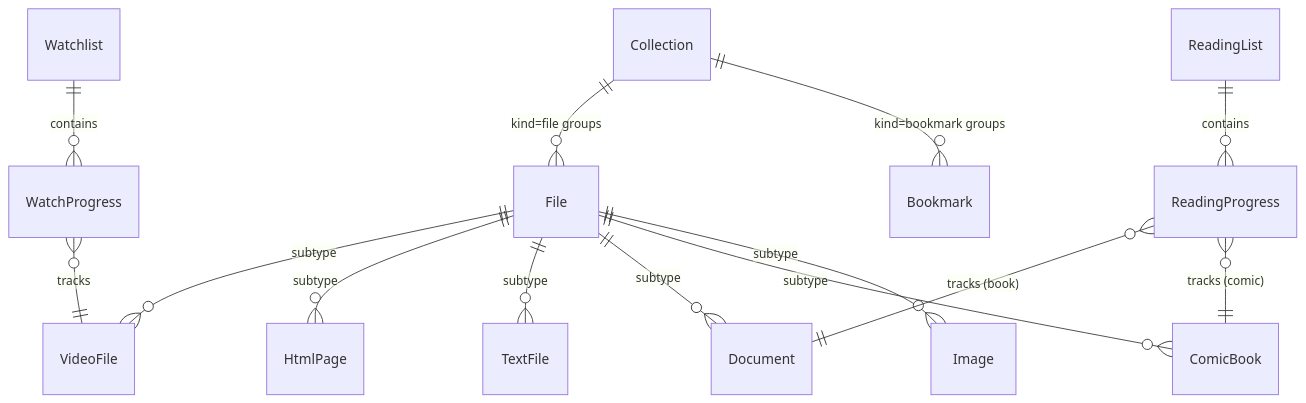
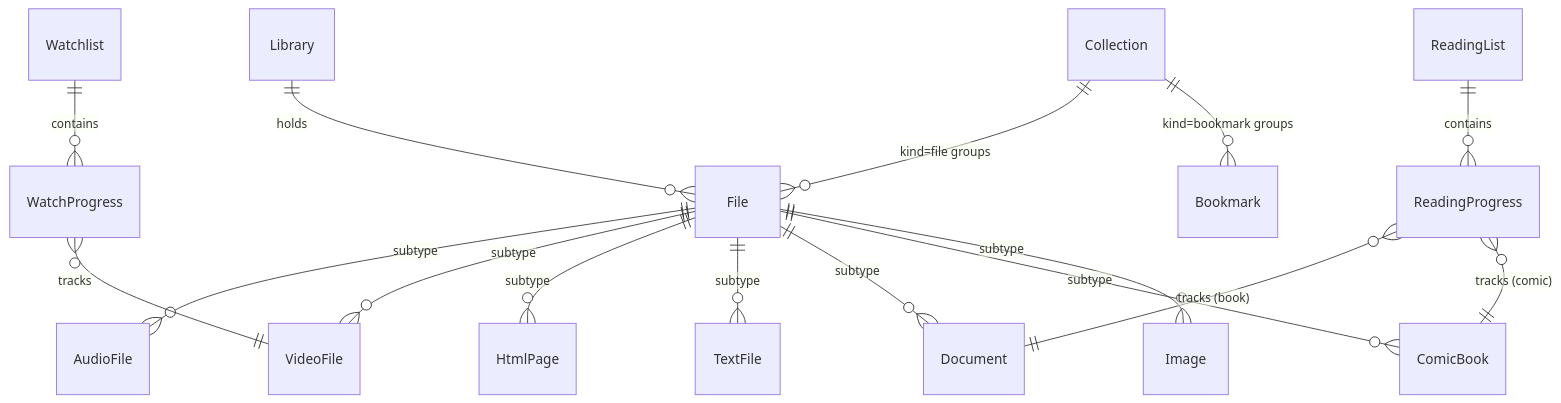
The second of 2 diagrams in docs/requirements/Vision Document.md (artur-rios/alexandria-api), drawn with Mermaid before and after one commit. The commit also changed other lines of this file and 24 other files, not shown here.

````diff
--- a/docs/requirements/Vision Document.md
+++ b/docs/requirements/Vision Document.md
@@ -134,16 +140,18 @@
 ```mermaid
 erDiagram
+    Library ||--o{ File : "holds"
+    File ||--o{ AudioFile : "subtype"
     File ||--o{ VideoFile : "subtype"
     File ||--o{ HtmlPage : "subtype"
     File ||--o{ TextFile : "subtype"
     File ||--o{ Document : "subtype"
     File ||--o{ ComicBook : "subtype"
     File ||--o{ Image : "subtype"
     Collection ||--o{ File : "kind=file groups"
     Collection ||--o{ Bookmark : "kind=bookmark groups"
     Watchlist ||--o{ WatchProgress : "contains"
     WatchProgress }o--|| VideoFile : "tracks"
     ReadingList ||--o{ ReadingProgress : "contains"
     ReadingProgress }o--|| Document : "tracks (book)"
     ReadingProgress }o--|| ComicBook : "tracks (comic)"
 ```
````
